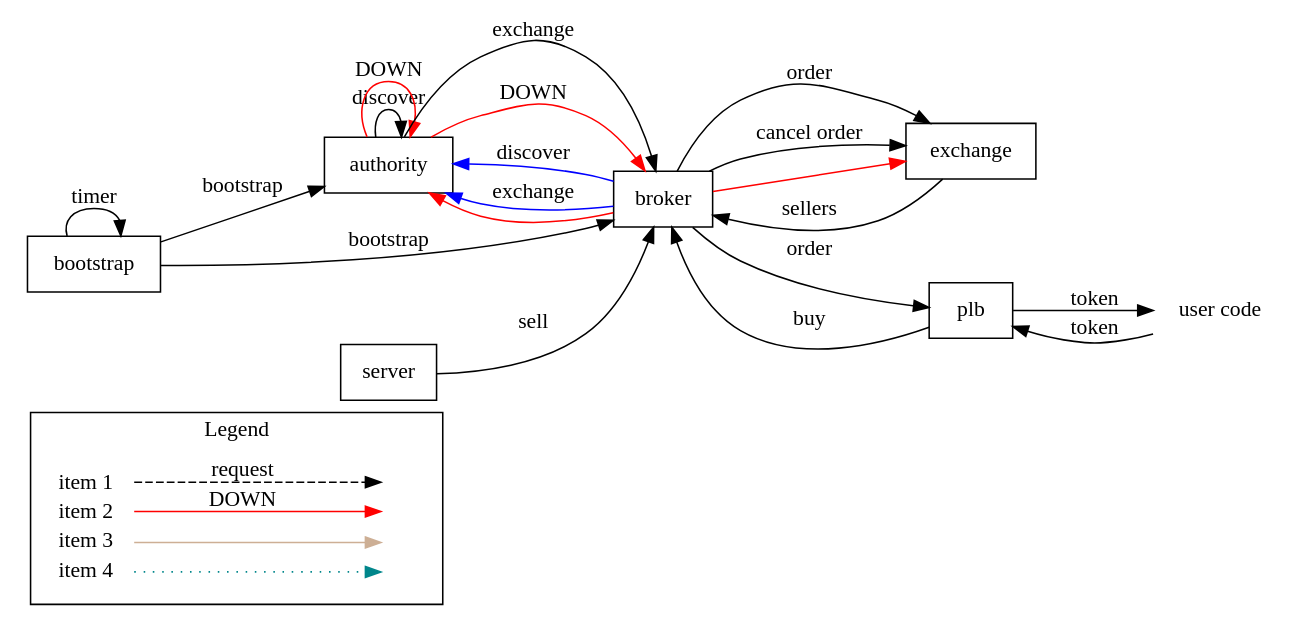
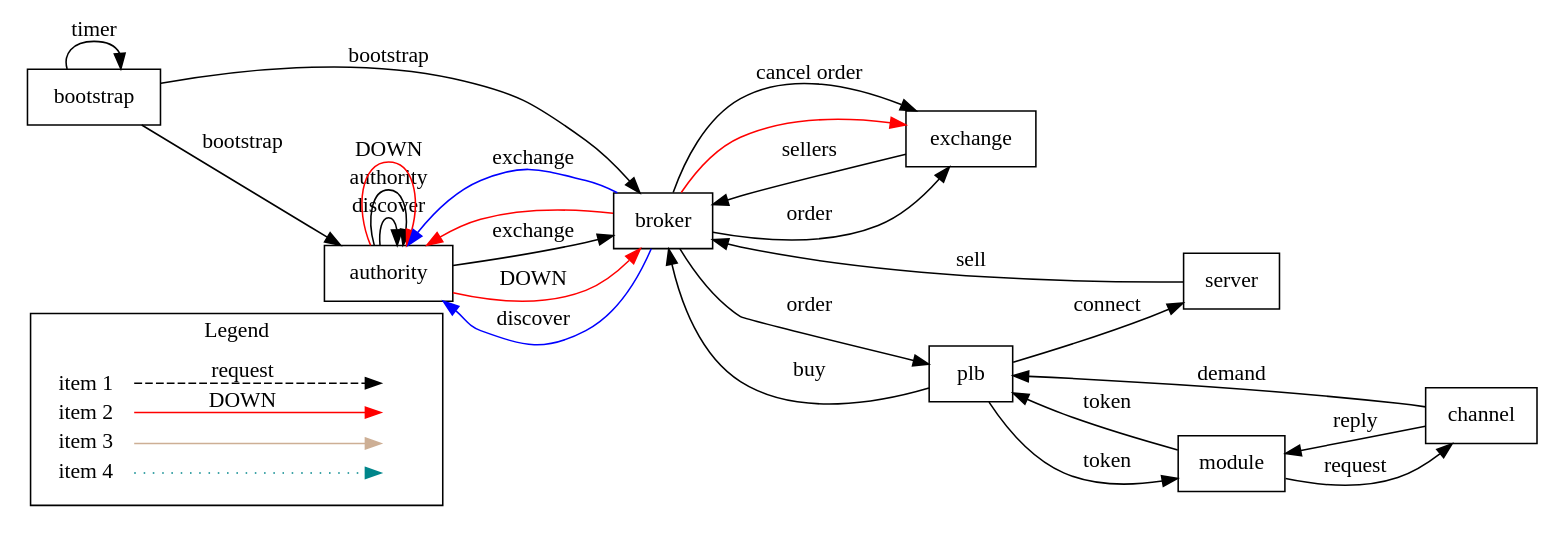
One commit to max-au/lambda changed the diagram in doc/COMM.dot. Above: the diagram before and after it, drawn with Graphviz. The commit also changed 9 other files, not shown here.

```diff
--- a/doc/COMM.dot
+++ b/doc/COMM.dot
@@ -1,56 +1,63 @@
 digraph G {
   rankdir=LR
   node [shape=plaintext]
   subgraph cluster_01 {
     label = "Legend";
     key [label=<<table border="0" cellpadding="2" cellspacing="0" cellborder="0">
     <tr><td align="right" port="i1">item 1</td></tr>
     <tr><td align="right" port="i2">item 2</td></tr>
     <tr><td align="right" port="i3">item 3</td></tr>
     <tr><td align="right" port="i4">item 4</td></tr>
     </table>>]
     key2 [label=<<table border="0" cellpadding="2" cellspacing="0" cellborder="0">
     <tr><td port="i1">&nbsp;</td></tr>
     <tr><td port="i2">&nbsp;</td></tr>
     <tr><td port="i3">&nbsp;</td></tr>
     <tr><td port="i4">&nbsp;</td></tr>
     </table>>]
     key:i1:e -> key2:i1:w [style=dashed, label = "request"]
     key:i2:e -> key2:i2:w [color=red, label = "DOWN"]
-    key:i3:e -> key2:i3:w [color=peachpuff3]
+    key:i3:e -> key2:i3:w [color=peachpuff3, labe = "response"]
     key:i4:e -> key2:i4:w [color=turquoise4, style=dotted]
   }
 
     bootstrap [shape = box];
     bootstrap -> bootstrap [label = "timer"];
     bootstrap -> authority [label = "bootstrap"];
     bootstrap -> broker [label = "bootstrap"];
 
     authority [shape = box];
     authority -> authority [label = "discover"];
+    authority -> authority [label = "authority"];
     authority -> broker [label = "exchange"];
     authority -> broker [label = "DOWN", color = red];
     authority -> authority [label = "DOWN", color = red];
 
     exchange [shape = box];
     exchange -> broker [label = "sellers"];
 
     broker [shape = box];
     broker -> authority [label = "discover", color = blue];
     broker -> authority [label = "exchange", color = blue];
     broker -> authority [color = red];
     broker -> exchange [label = "order"];
     broker -> exchange [label = "cancel order"];
     broker -> exchange [color = red];
     broker -> plb [label = "order"];
 
     plb [shape = box];
     plb -> broker [label = "buy"];
-    plb -> code [label = "token"]
+    plb -> server [label = "connect"];
+    plb -> code [label = "token"];
 
     server [shape = box];
     server -> broker [label = "sell"];
 
-    code [label = "user code"];
+    channel [shape = box];
+    channel -> code [label = "reply"];
+    channel -> plb [label = "demand"];
+
+    code [label = "module", shape = "box"];
     code -> plb [label = "token"];
+    code -> channel [label = "request"];
 }
```
